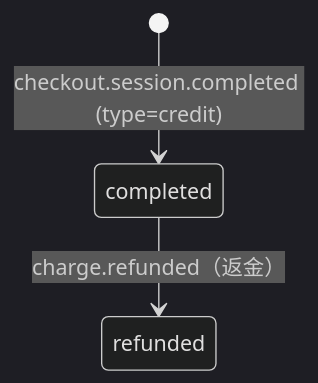
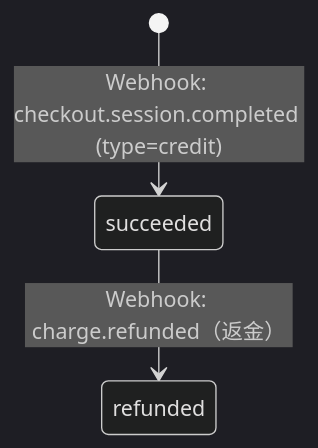
The third of 5 diagrams in docs/state-diagram.md (suzuki-tomok/payment-core), drawn with Mermaid (dark theme) before and after one commit. The commit also changed other lines of this file and 15 other files, not shown here.

````diff
--- a/docs/state-diagram.md
+++ b/docs/state-diagram.md
@@ -26,5 +27,5 @@
 ```mermaid
 stateDiagram-v2
-    [*] --> completed: checkout.session.completed (type=credit)
-    completed --> refunded: charge.refunded（返金）
+    [*] --> succeeded: Webhook: checkout.session.completed (type=credit)
+    succeeded --> refunded: Webhook: charge.refunded（返金）
 ```
````
